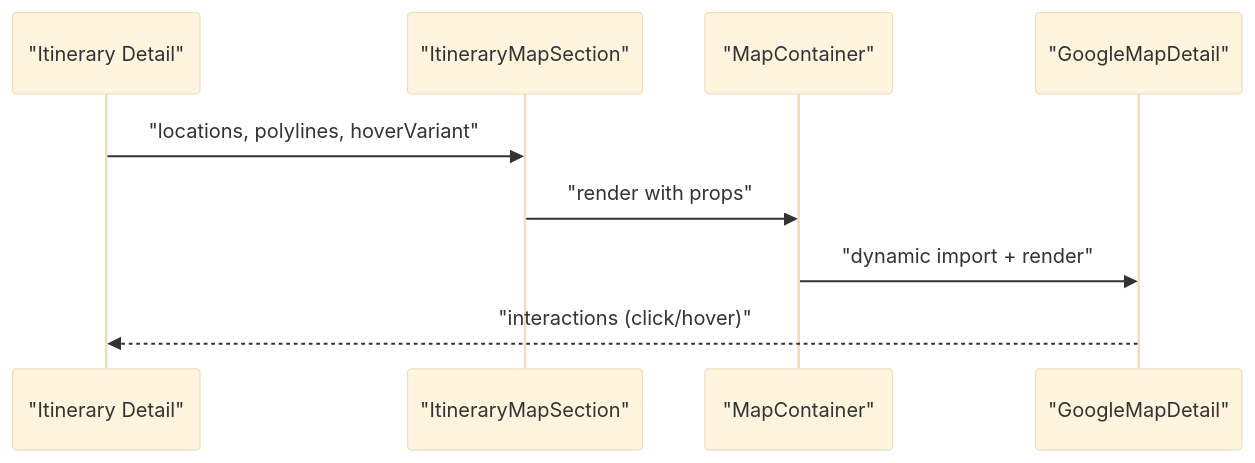
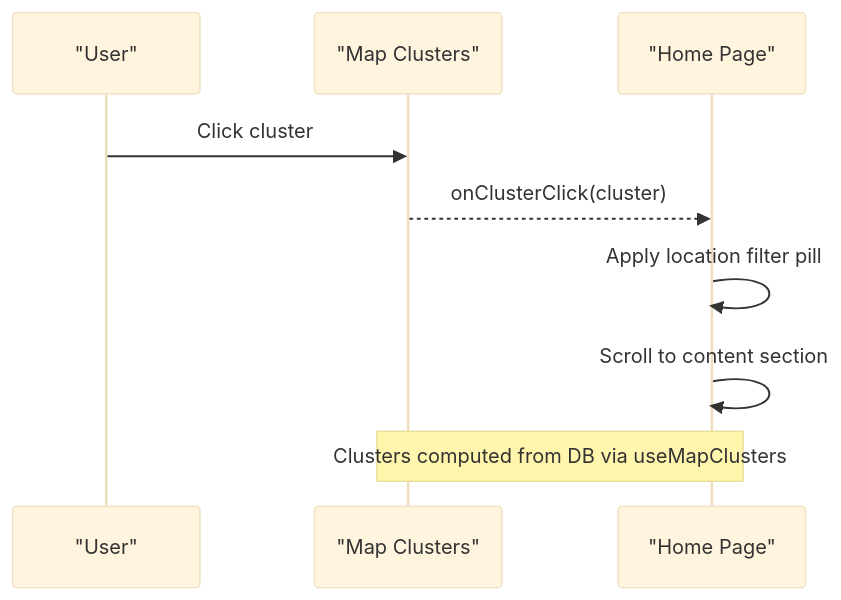
One commit to Meaetin/alibaba-hackathon changed the seventh of 10 diagrams in .qoder/repowiki/en/content/Core Features/Core Features.md. Above: the diagram before and after it, drawn with Mermaid (base theme). The commit also changed other lines of this file and 241 other files, not shown here.

````diff
--- a/.qoder/repowiki/en/content/Core Features/Core Features.md
+++ b/.qoder/repowiki/en/content/Core Features/Core Features.md
@@ -310,11 +248,11 @@
 ```mermaid
 sequenceDiagram
-participant I as "Itinerary Detail"
-participant M as "ItineraryMapSection"
-participant MC as "MapContainer"
-participant GM as "GoogleMapDetail"
-I->>M : "locations, polylines, hoverVariant"
-M->>MC : "render with props"
-MC->>GM : "dynamic import + render"
-GM-->>I : "interactions (click/hover)"
+participant U as "User"
+participant M as "Map Clusters"
+participant H as "Home Page"
+U->>M : Click cluster
+M-->>H : onClusterClick(cluster)
+H->>H : Apply location filter pill
+H->>H : Scroll to content section
+Note over H,M : Clusters computed from DB via useMapClusters
 ```
````
